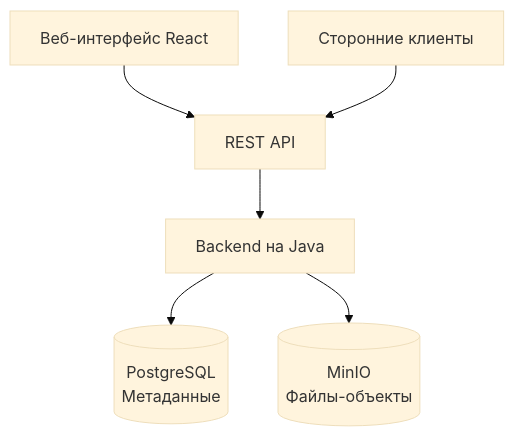
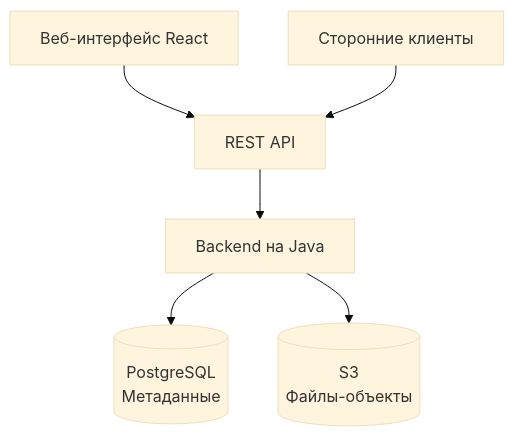
One commit to algaa22/MWS-Cloud-Storage_team-4 changed the diagram in README.md. Above: the diagram before and after it, drawn with Mermaid (base theme). The commit also changed other lines of this file and 24 other files, not shown here.

````diff
--- a/README.md
+++ b/README.md
@@ -113,8 +118,8 @@
 ```mermaid
 graph TD
     A[Веб-интерфейс React] --> B[REST API]
     C[Сторонние клиенты] --> B
     B --> D[Backend на Java]
     D --> E[(PostgreSQL<br/>Метаданные)]
-    D --> F[(MinIO<br/>Файлы-объекты)]
+    D --> F[(S3<br/>Файлы-объекты)]
 ```
````
